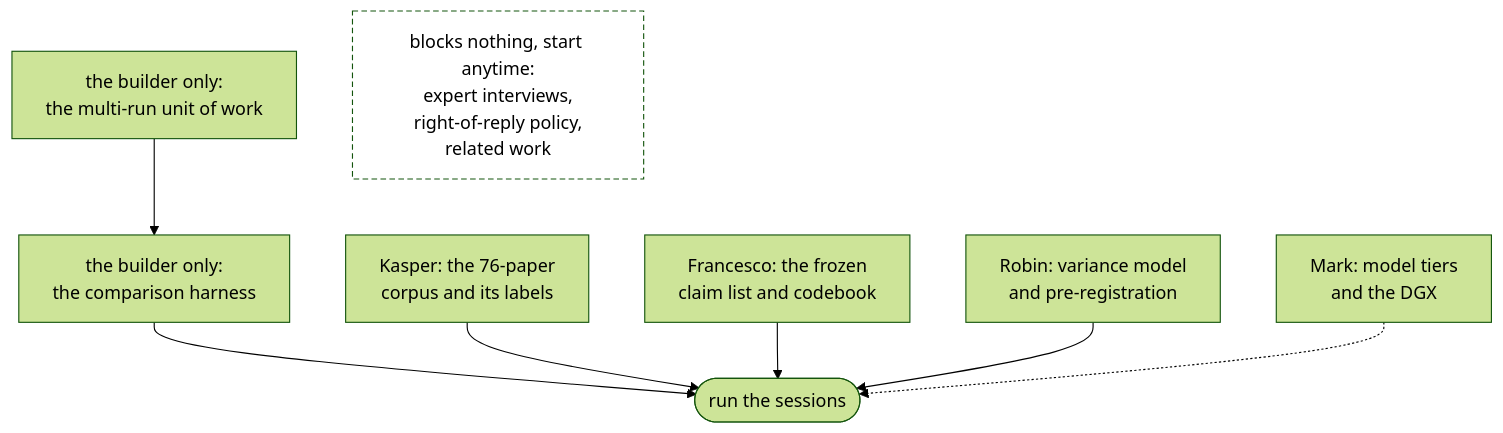
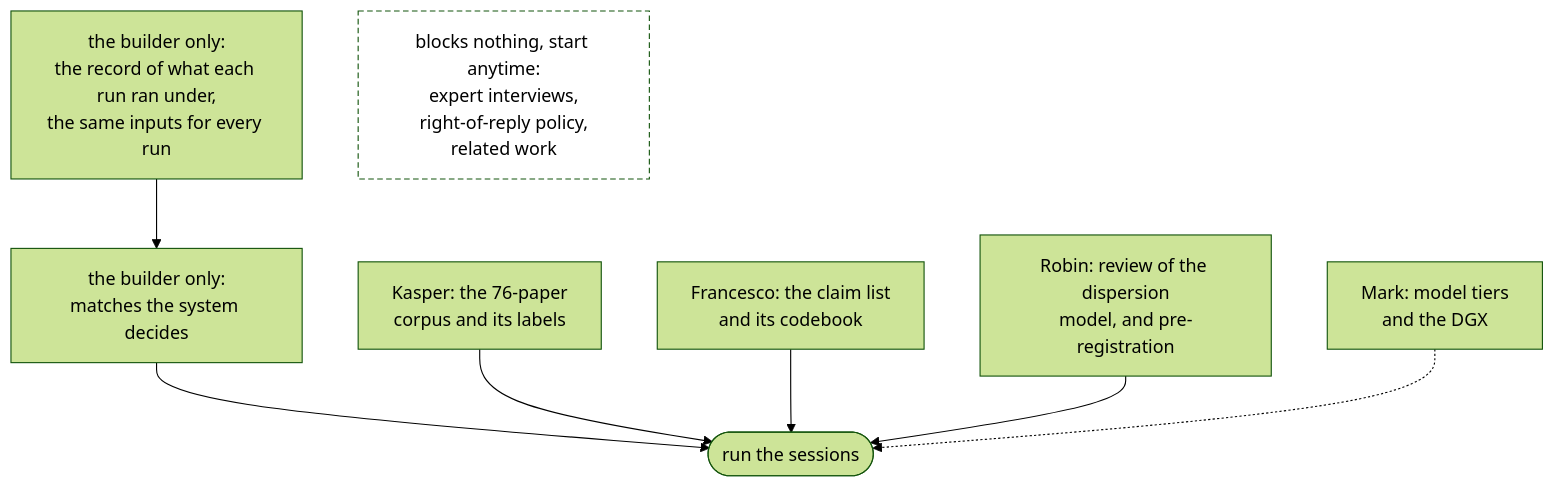
The ninth of 10 diagrams in docs/consultations.md (latere-ai/replichai), drawn with Mermaid (forest theme) before and after one commit. The commit also changed other lines of this file, not shown here.

Commit message:
docs: consultations drops the superseded paper plan and records what the pilot showed and where each step stands

````diff
--- a/docs/consultations.md
+++ b/docs/consultations.md
@@ -550,11 +397,11 @@
 ```mermaid
 flowchart TB
-    A["the builder only:<br/>the multi-run unit of work"] --> B["the builder only:<br/>the comparison harness"]
+    A["the builder only:<br/>the record of what each run ran under,<br/>the same inputs for every run"] --> B["the builder only:<br/>matches the system decides"]
     B --> C(["run the sessions"])
     D["Kasper: the 76-paper<br/>corpus and its labels"] --> C
-    E["Francesco: the frozen<br/>claim list and codebook"] --> C
-    F["Robin: variance model<br/>and pre-registration"] --> C
+    E["Francesco: the claim list<br/>and its codebook"] --> C
+    F["Robin: review of the dispersion<br/>model, and pre-registration"] --> C
     G["Mark: model tiers<br/>and the DGX"] -.-> C
     H["blocks nothing, start anytime:<br/>expert interviews,<br/>right-of-reply policy,<br/>related work"]:::free
     classDef free fill:#fff,stroke-dasharray: 5 3
 ```
````
